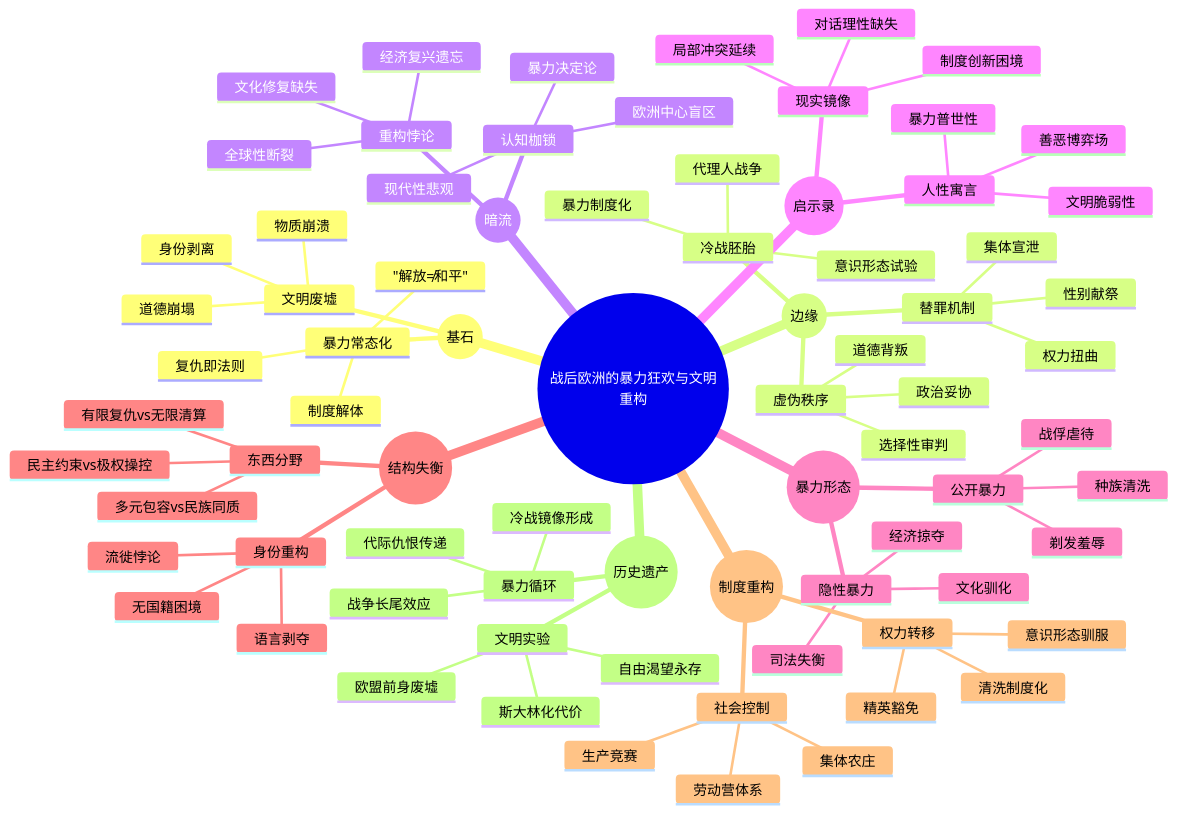
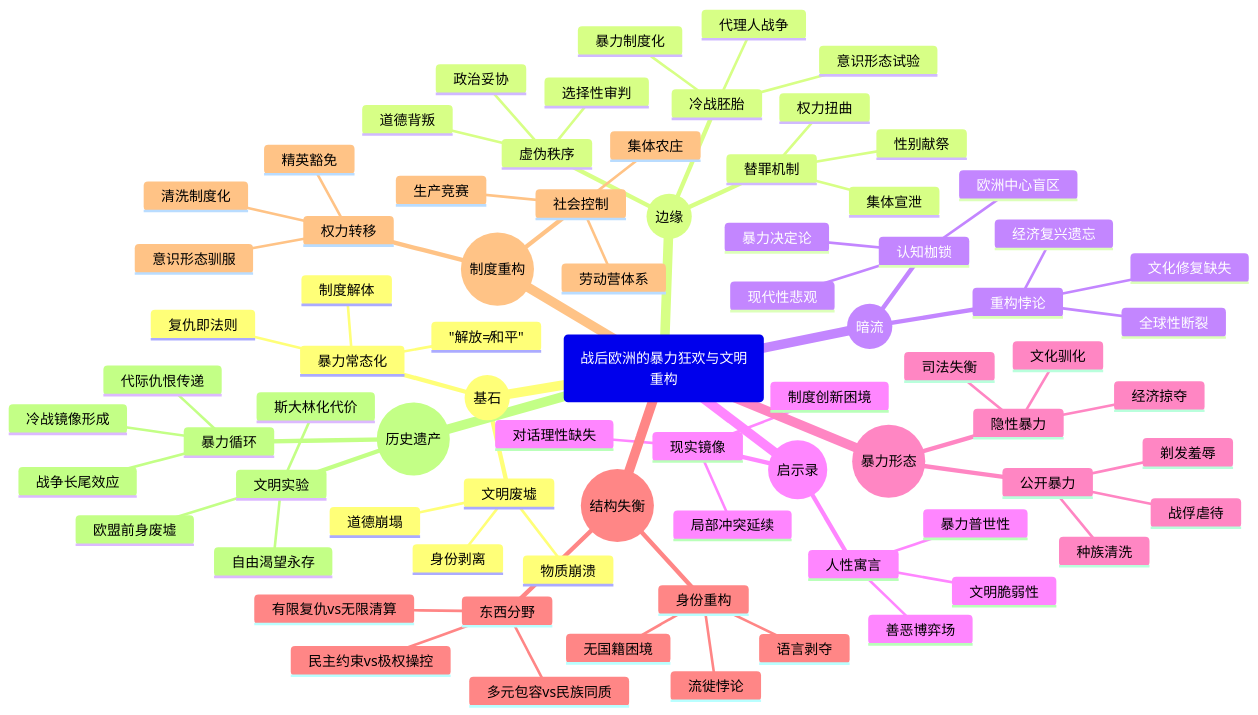
Before and after one commit to funloss/funKnowledge: the diagram in 读书/世界历史/野蛮大陆：第二次世界大战后的欧洲.md, drawn with Mermaid. The commit also changed 74 other files, not shown here.

````diff
--- a/读书/世界历史/野蛮大陆：第二次世界大战后的欧洲.md
+++ b/读书/世界历史/野蛮大陆：第二次世界大战后的欧洲.md
@@ -3,80 +3,80 @@
 ```mermaid
 mindmap
-  root(("战后欧洲的暴力狂欢与文明重构"))
+  root("战后欧洲的暴力狂欢与文明重构")
     ((基石))
       暴力常态化
         "解放≠和平"
         制度解体
         复仇即法则
       文明废墟
         物质崩溃
         道德崩塌
         身份剥离
     ((边缘))
       虚伪秩序
         选择性审判
         政治妥协
         道德背叛
       替罪机制
         性别献祭
         权力扭曲
         集体宣泄
       冷战胚胎
         意识形态试验
         代理人战争
         暴力制度化
     ((暗流))
       认知枷锁
         欧洲中心盲区
         暴力决定论
         现代性悲观
       重构悖论
         经济复兴遗忘
         文化修复缺失
         全球性断裂
     ((启示录))
       人性寓言
         善恶博弈场
         文明脆弱性
         暴力普世性
       现实镜像
         局部冲突延续
         制度创新困境
         对话理性缺失
     ((暴力形态))
       公开暴力
         剃发羞辱
         战俘虐待
         种族清洗
       隐性暴力
         司法失衡
         经济掠夺
         文化驯化
     ((结构失衡))
       东西分野
         有限复仇vs无限清算
         民主约束vs极权操控
         多元包容vs民族同质
       身份重构
         流徙悖论
         无国籍困境
         语言剥夺
     ((制度重构))
       社会控制
         劳动营体系
         集体农庄
         生产竞赛
       权力转移
         精英豁免
         清洗制度化
         意识形态驯服
     ((历史遗产))
       暴力循环
         战争长尾效应
         代际仇恨传递
         冷战镜像形成
       文明实验
         欧盟前身废墟
         斯大林化代价
         自由渴望永存
 ``` 
````
